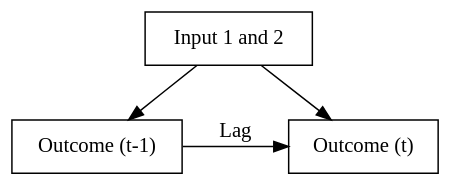
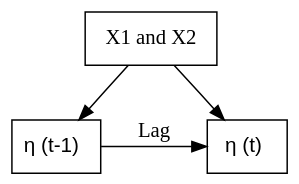
Before and after one commit to kevinli03/pspe: the diagram in latent/longitudinal.qmd, drawn with Graphviz. The commit also changed other lines of this file and 66 other files, not shown here.

````diff
--- a/latent/longitudinal.qmd
+++ b/latent/longitudinal.qmd
@@ -12,19 +12,19 @@
 ```{dot}
 //| fig-width: 6
 //| fig-height: 1.2
 digraph example2 {
   bgcolor="transparent";
   // Nodes
-  Y1 [shape=box, pos = "0,0!", label="Outcome (t-1)"]
-  X1 [shape=box, pos = "2,0!", label="Input 1 and 2"]
-  Y2 [shape=box, pos = "0,0!", label="Outcome (t)"]
+  Y1 [shape=box, label=<<FONT FACE="Helvetica">&eta; (t-1)</FONT>>]
+  X1 [shape=box, pos = "2,0!", label="X1 and X2"]
+  Y2 [shape=box, label=<<FONT FACE="Helvetica">&eta; (t)</FONT>>]
 
   // Edges
   {X1 -> Y1}
   {X1 -> Y2}
   {rank=same; Y1 -> Y2 [label="Lag"]}
   
   graph [nodesep=0.5, ranksep=0.5]
 
 }
 ```
````
